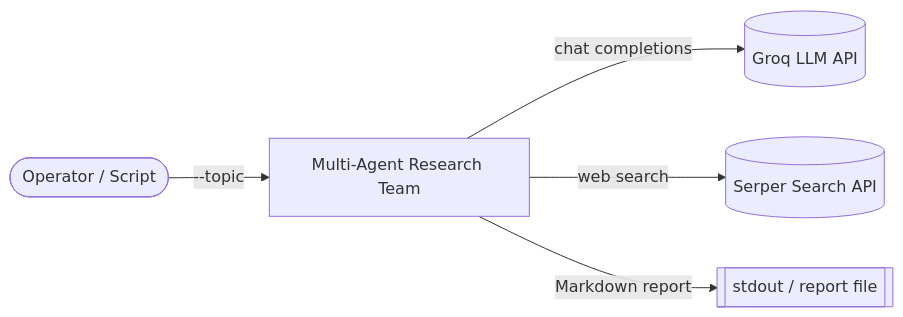
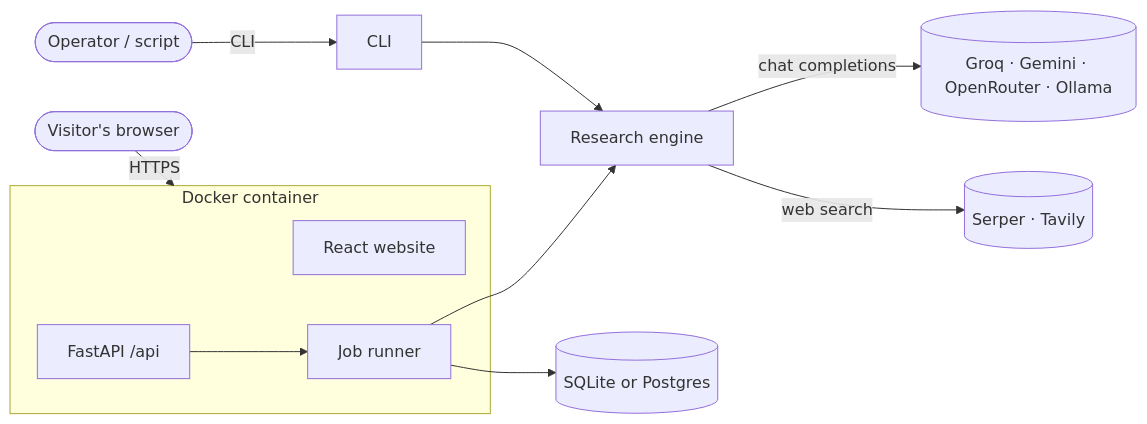
The first of 4 diagrams in ARCHITECTURE.md (syed-waleed-ahmed/Multi-Agent-Research-Team), drawn with Mermaid before and after one commit. The commit also changed other lines of this file and 16 other files, not shown here.

````diff
--- a/ARCHITECTURE.md
+++ b/ARCHITECTURE.md
@@ -13,7 +10,16 @@
 ```mermaid
 flowchart LR
-    user([Operator / Script]) -->|--topic| CLI[Multi-Agent Research Team]
-    CLI -->|chat completions| Groq[(Groq LLM API)]
-    CLI -->|web search| Serper[(Serper Search API)]
-    CLI -->|Markdown report| out[[stdout / report file]]
+    visitor([Visitor's browser]) -->|HTTPS| app
+    operator([Operator / script]) -->|CLI| cli[CLI]
+    subgraph app[Docker container]
+        web[React website]
+        api[FastAPI /api]
+        runner[Job runner]
+    end
+    api --> runner
+    cli --> engine
+    runner --> engine[Research engine]
+    engine -->|chat completions| llm[(Groq · Gemini · OpenRouter · Ollama)]
+    engine -->|web search| search[(Serper · Tavily)]
+    runner --> db[(SQLite or Postgres)]
 ```
````
